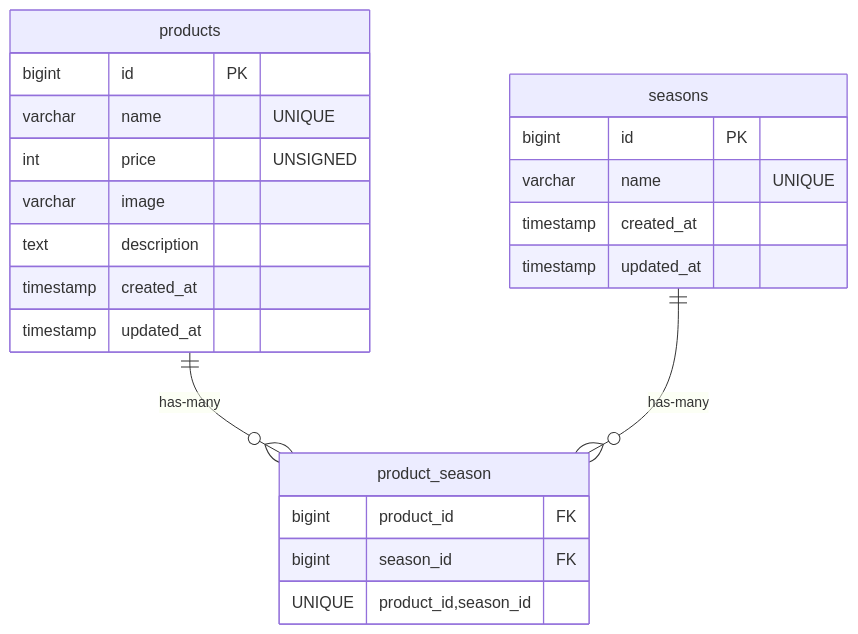
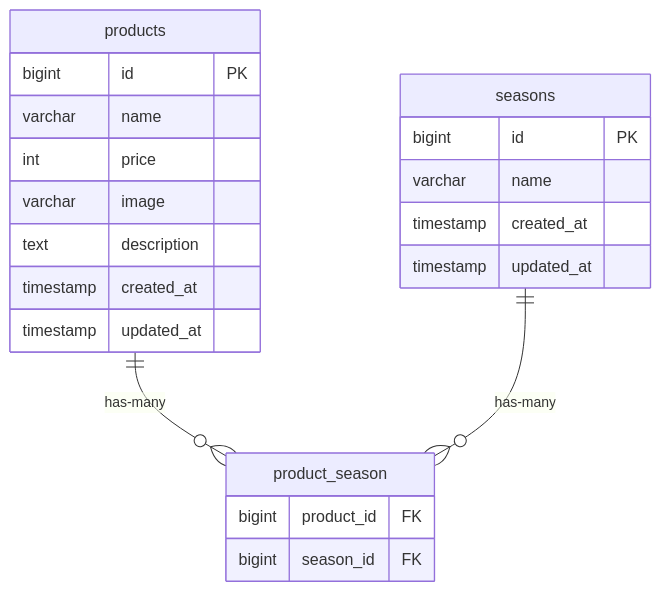
One commit to hayama1225/mogitate changed the diagram in README.md. Above: the diagram before and after it, drawn with Mermaid.

Commit message:
mermaid経由でER図をレンダリング2

````diff
--- a/README.md
+++ b/README.md
@@ -49,28 +49,27 @@
 ```mermaid
 erDiagram
   products {
     bigint id PK
-    varchar name "UNIQUE"
-    int price "UNSIGNED"
+    varchar name
+    int price
     varchar image
     text description
     timestamp created_at
     timestamp updated_at
   }
 
   seasons {
     bigint id PK
-    varchar name "UNIQUE"
+    varchar name
     timestamp created_at
     timestamp updated_at
   }
 
   product_season {
     bigint product_id FK
     bigint season_id  FK
-    UNIQUE product_id,season_id
   }
 
   products ||--o{ product_season : has-many
   seasons  ||--o{ product_season : has-many
 ```
````
